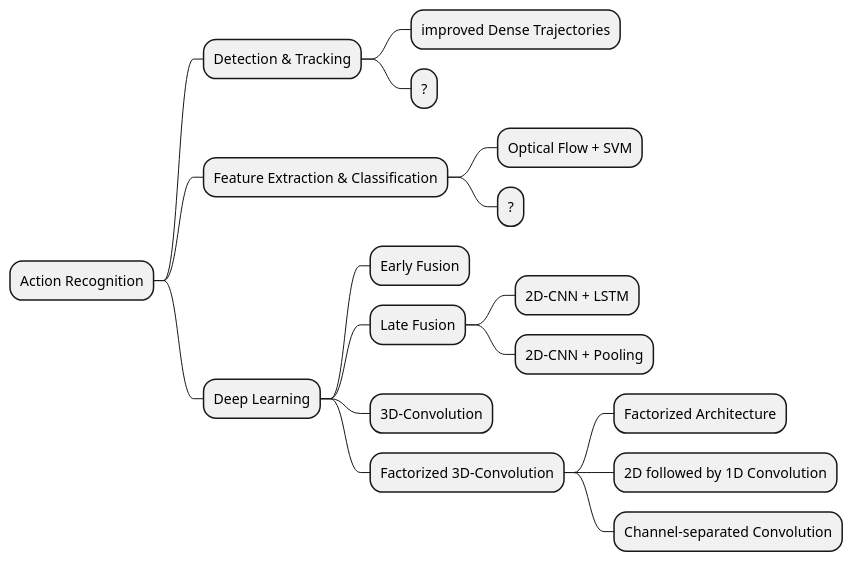
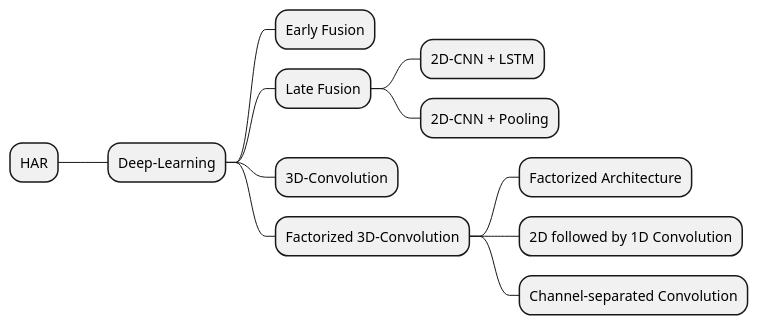
One commit to simnado/Master-Thesis changed the diagram in fig/methods.puml. Above: the diagram before and after it, drawn with PlantUML. The commit also changed 4 other files, not shown here.

```diff
--- a/fig/methods.puml
+++ b/fig/methods.puml
@@ -1,21 +1,16 @@
 @startmindmap
 
-* Action Recognition
-** Detection & Tracking
-*** improved Dense Trajectories
-*** ?
-** Feature Extraction & Classification
-*** Optical Flow + SVM
-*** ?
-** Deep Learning
+* HAR
+
+** Deep-Learning
 *** Early Fusion
 *** Late Fusion
 **** 2D-CNN + LSTM
 **** 2D-CNN + Pooling
 *** 3D-Convolution
 *** Factorized 3D-Convolution
 **** Factorized Architecture
 **** 2D followed by 1D Convolution
 **** Channel-separated Convolution
 
 @endmindmap
```
